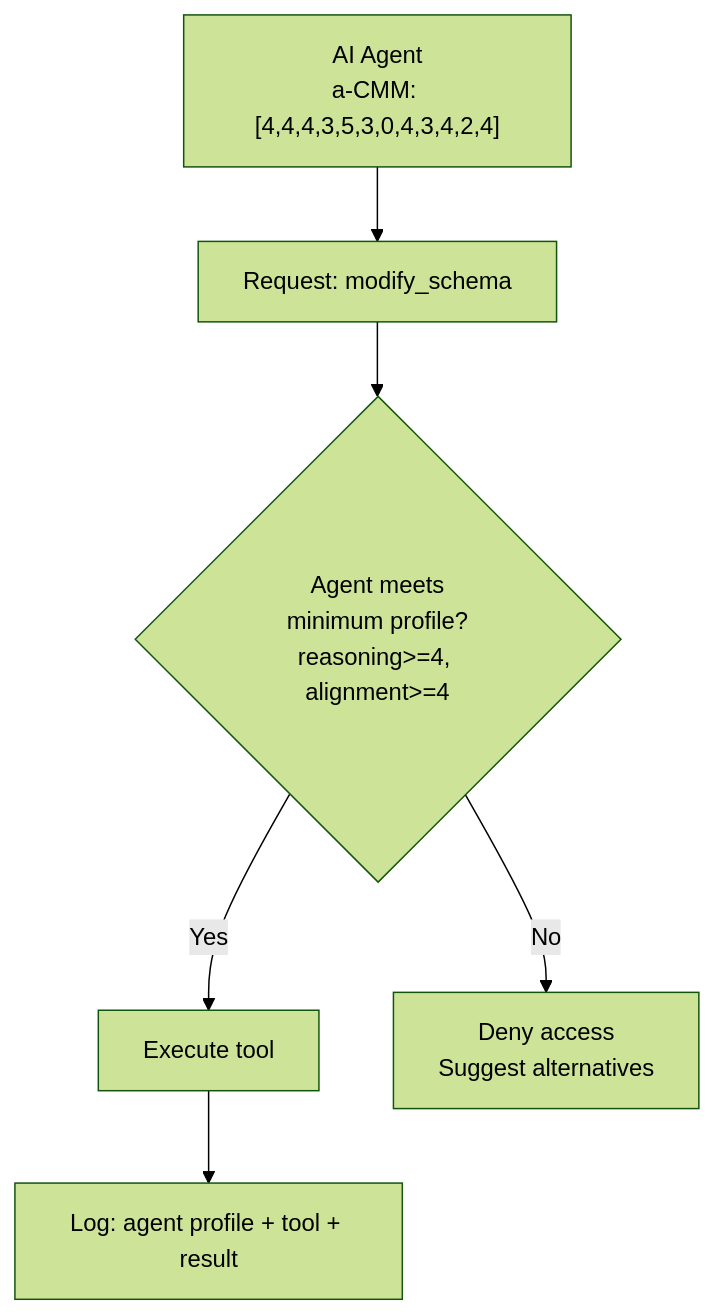
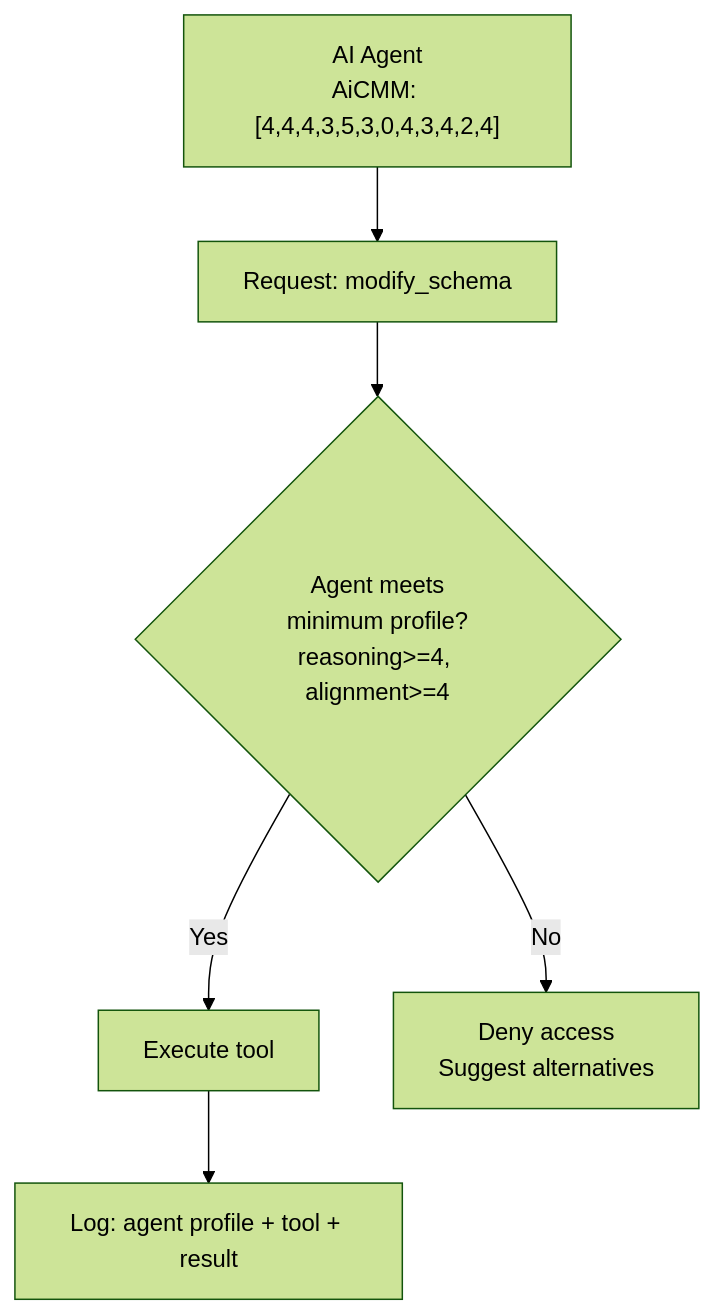
One commit to snchande/Arima-AiCMM changed the third of 3 diagrams in docs/standards/integration-guide.md. Above: the diagram before and after it, drawn with Mermaid (forest theme). The commit also changed other lines of this file and 56 other files, not shown here.

````diff
--- a/docs/standards/integration-guide.md
+++ b/docs/standards/integration-guide.md
@@ -213,8 +213,8 @@
 ```mermaid
 flowchart TD
-    Client["AI Agent<br/>a-CMM: [4,4,4,3,5,3,0,4,3,4,2,4]"] --> Request["Request: modify_schema"]
+    Client["AI Agent<br/>AiCMM: [4,4,4,3,5,3,0,4,3,4,2,4]"] --> Request["Request: modify_schema"]
     Request --> Check{"Agent meets<br/>minimum profile?<br/>reasoning>=4, alignment>=4"}
     Check -->|Yes| Execute["Execute tool"]
     Check -->|No| Deny["Deny access<br/>Suggest alternatives"]
     Execute --> Audit["Log: agent profile + tool + result"]
 ```
````
